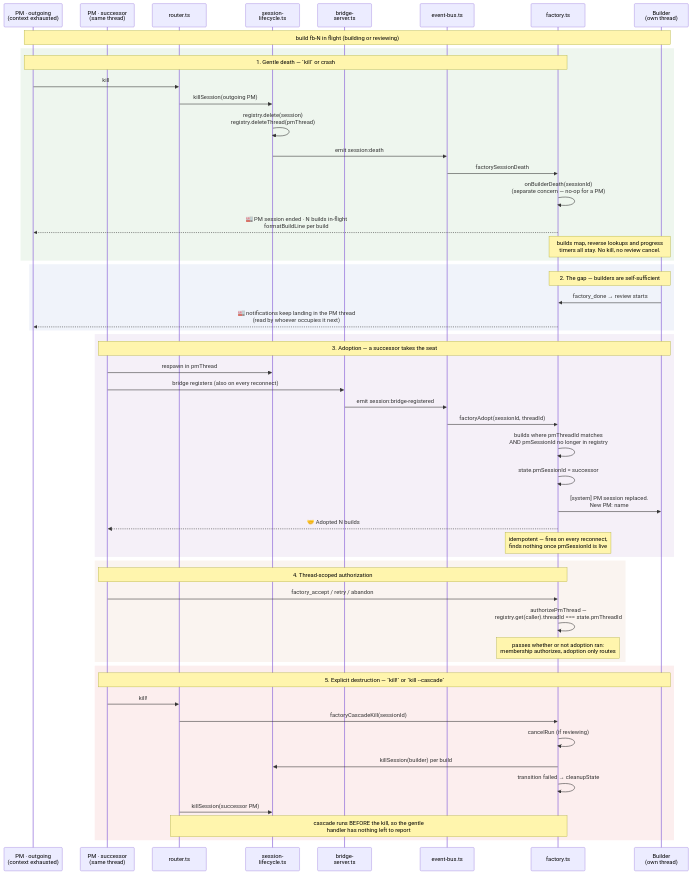
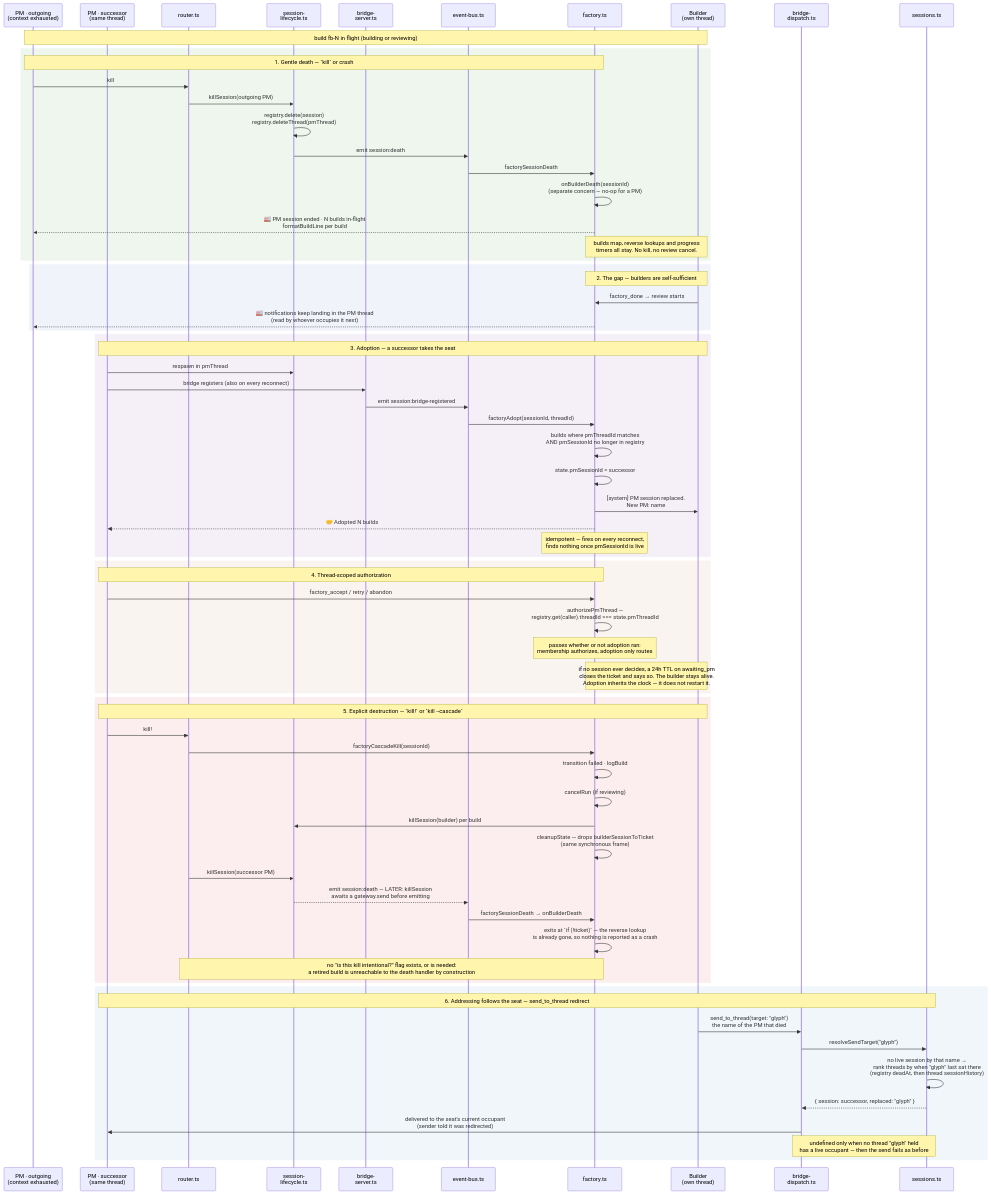
The diagram in diagrams/flow-factory-resilience.mmd (sf8193/hydra), drawn with Mermaid before and after one commit. The commit also changed 9 other files, not shown here.

First line of the commit message:
fix: review findings — TTL, resolve placement, cascade docs, diagrams

```diff
--- a/diagrams/flow-factory-resilience.mmd
+++ b/diagrams/flow-factory-resilience.mmd
@@ -1,64 +1,82 @@
 %% Factory resilience — PM sessions rotate through the PM thread; builds do not die with them.
 %% The PM thread is the unit of ownership. A PM session is only its current occupant.
+%% Section 6 is the same idea applied to addressing: a session *name* is a seat too.
 %% Companion to flow-factory (the build→review cycle itself).
 
 sequenceDiagram
     participant PM1 as PM · outgoing<br/>(context exhausted)
     participant PM2 as PM · successor<br/>(same thread)
     participant router as router.ts
     participant lifecycle as session-<br/>lifecycle.ts
     participant server as bridge-<br/>server.ts
     participant bus as event-bus.ts
     participant factory as factory.ts
     participant builder as Builder<br/>(own thread)
+    participant dispatch as bridge-<br/>dispatch.ts
+    participant sessions as sessions.ts
 
     Note over PM1,builder: build fb-N in flight (building or reviewing)
 
     rect rgb(238, 246, 238)
     Note over PM1,factory: 1. Gentle death — `kill` or crash
     PM1->>router: kill
     router->>lifecycle: killSession(outgoing PM)
     lifecycle->>lifecycle: registry.delete(session)<br/>registry.deleteThread(pmThread)
     lifecycle->>bus: emit session:death
     bus->>factory: factorySessionDeath
     factory->>factory: onBuilderDeath(sessionId)<br/>(separate concern — no-op for a PM)
     factory-->>PM1: 🏭 PM session ended · N builds in-flight<br/>formatBuildLine per build
     Note over factory,builder: builds map, reverse lookups and progress<br/>timers all stay. No kill, no review cancel.
     end
 
     rect rgb(240, 243, 250)
     Note over factory,builder: 2. The gap — builders are self-sufficient
     builder->>factory: factory_done → review starts
     factory-->>PM1: 🏭 notifications keep landing in the PM thread<br/>(read by whoever occupies it next)
     end
 
     rect rgb(245, 240, 248)
     Note over PM2,builder: 3. Adoption — a successor takes the seat
     PM2->>lifecycle: respawn in pmThread
     PM2->>server: bridge registers (also on every reconnect)
     server->>bus: emit session:bridge-registered
     bus->>factory: factoryAdopt(sessionId, threadId)
     factory->>factory: builds where pmThreadId matches<br/>AND pmSessionId no longer in registry
     factory->>factory: state.pmSessionId = successor
     factory->>builder: [system] PM session replaced.<br/>New PM: name
     factory-->>PM2: 🤝 Adopted N builds
     Note over factory: idempotent — fires on every reconnect,<br/>finds nothing once pmSessionId is live
     end
 
     rect rgb(250, 244, 240)
     Note over PM2,factory: 4. Thread-scoped authorization
     PM2->>factory: factory_accept / retry / abandon
     factory->>factory: authorizePmThread —<br/>registry.get(caller).threadId === state.pmThreadId
     Note over factory: passes whether or not adoption ran:<br/>membership authorizes, adoption only routes
+    Note over factory,builder: if no session ever decides, a 24h TTL on awaiting_pm<br/>closes the ticket and says so. The builder stays alive.<br/>Adoption inherits the clock — it does not restart it.
     end
 
     rect rgb(252, 238, 238)
     Note over PM2,builder: 5. Explicit destruction — `kill!` or `kill --cascade`
     PM2->>router: kill!
     router->>factory: factoryCascadeKill(sessionId)
+    factory->>factory: transition failed · logBuild
     factory->>factory: cancelRun (if reviewing)
     factory->>lifecycle: killSession(builder) per build
-    factory->>factory: transition failed → cleanupState
+    factory->>factory: cleanupState — drops builderSessionToTicket<br/>(same synchronous frame)
     router->>lifecycle: killSession(successor PM)
-    Note over router,factory: cascade runs BEFORE the kill, so the gentle<br/>handler has nothing left to report
+    lifecycle-->>bus: emit session:death — LATER: killSession<br/>awaits a gateway.send before emitting
+    bus->>factory: factorySessionDeath → onBuilderDeath
+    factory->>factory: exits at `if (!ticket)` — the reverse lookup<br/>is already gone, so nothing is reported as a crash
+    Note over router,factory: no "is this kill intentional?" flag exists, or is needed:<br/>a retired build is unreachable to the death handler by construction
     end
+
+    rect rgb(240, 246, 250)
+    Note over PM2,sessions: 6. Addressing follows the seat — send_to_thread redirect
+    builder->>dispatch: send_to_thread(target: "glyph")<br/>the name of the PM that died
+    dispatch->>sessions: resolveSendTarget("glyph")
+    sessions->>sessions: no live session by that name →<br/>rank threads by when "glyph" last sat there<br/>(registry deadAt, then thread sessionHistory)
+    sessions-->>dispatch: { session: successor, replaced: "glyph" }
+    dispatch->>PM2: delivered to the seat's current occupant<br/>(sender told it was redirected)
+    Note over dispatch,sessions: undefined only when no thread "glyph" held<br/>has a live occupant — then the send fails as before
+    end
```
